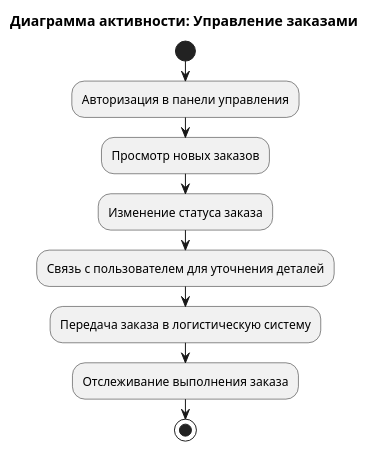
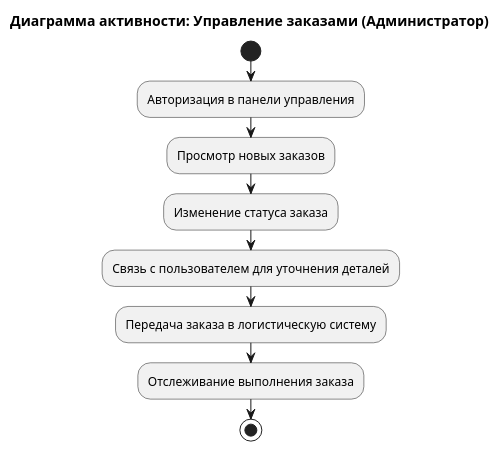
One commit to TeraGigaByte/internet-shop-project changed the diagram in activity-diagrams/activity-diagram-order-management.puml. Above: the diagram before and after it, drawn with PlantUML.

```diff
--- a/activity-diagrams/activity-diagram-order-management.puml
+++ b/activity-diagrams/activity-diagram-order-management.puml
@@ -1,13 +1,13 @@
 @startuml
-title Диаграмма активности: Управление заказами
+title Диаграмма активности: Управление заказами (Администратор)
 
 |Администратор|
 start
 :Авторизация в панели управления;
 :Просмотр новых заказов;
 :Изменение статуса заказа;
 :Связь с пользователем для уточнения деталей;
 :Передача заказа в логистическую систему;
 :Отслеживание выполнения заказа;
 stop
 @enduml
```
